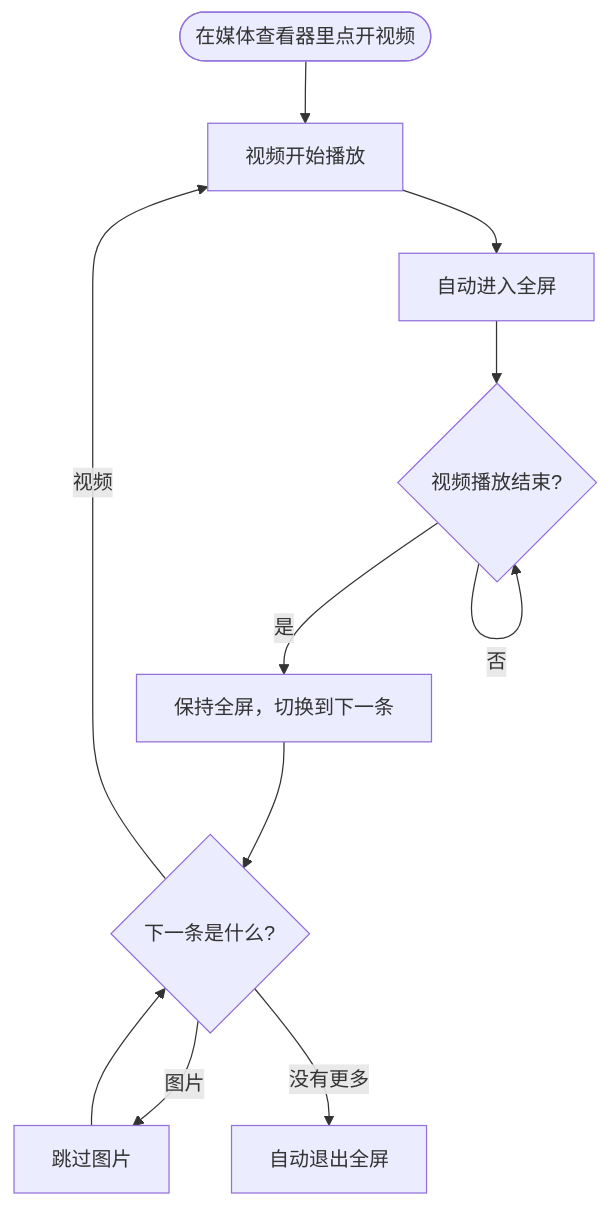
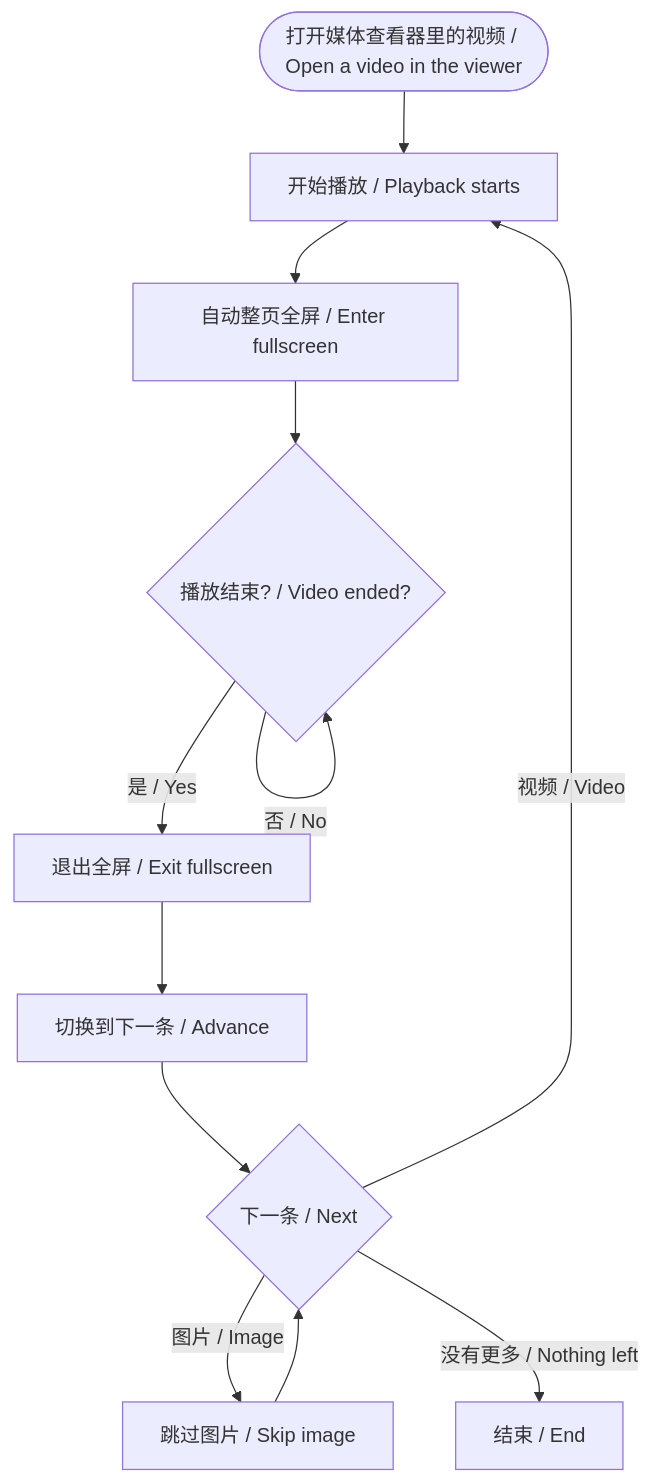
The diagram in README.md (shixin-qiao/telegram-web-a-video-playlist), drawn with Mermaid before and after one commit. The commit also changed other lines of this file and 2 other files, not shown here.

````diff
--- a/README.md
+++ b/README.md
@@ -53,13 +59,14 @@
 ```mermaid
 flowchart TD
-    A([在媒体查看器里点开视频]) --> B[视频开始播放]
-    B --> C[自动进入全屏]
-    C --> D{视频播放结束?}
-    D -- 否 --> D
-    D -- 是 --> E[保持全屏，切换到下一条]
-    E --> F{下一条是什么?}
-    F -- 图片 --> G[跳过图片]
-    G --> F
-    F -- 视频 --> B
-    F -- 没有更多 --> H[自动退出全屏]
+    A(["打开媒体查看器里的视频 / Open a video in the viewer"]) --> B["开始播放 / Playback starts"]
+    B --> C["自动整页全屏 / Enter fullscreen"]
+    C --> D{"播放结束? / Video ended?"}
+    D -- "否 / No" --> D
+    D -- "是 / Yes" --> E["退出全屏 / Exit fullscreen"]
+    E --> F["切换到下一条 / Advance"]
+    F --> G{"下一条 / Next"}
+    G -- "图片 / Image" --> H["跳过图片 / Skip image"]
+    H --> G
+    G -- "视频 / Video" --> B
+    G -- "没有更多 / Nothing left" --> I["结束 / End"]
 ```
````
